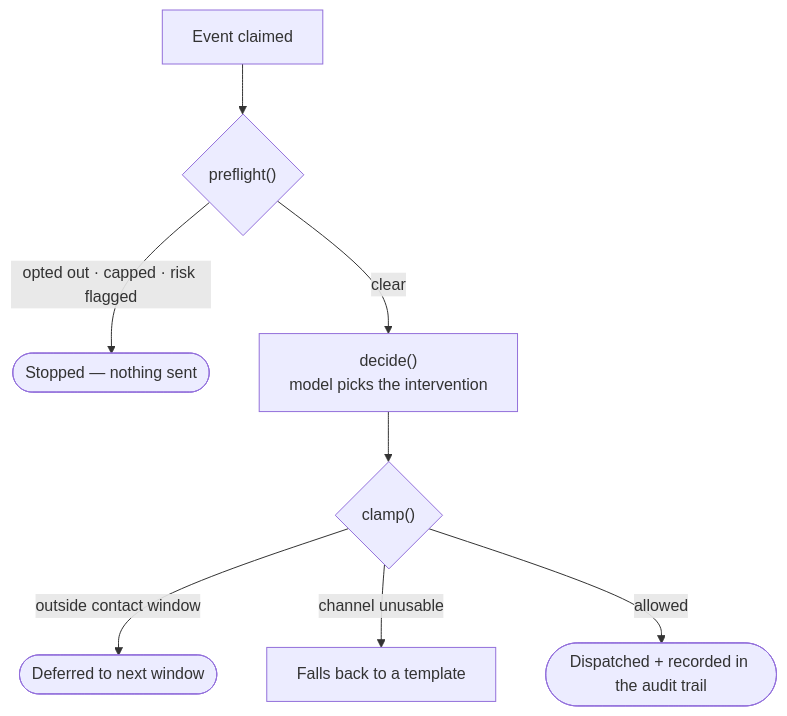
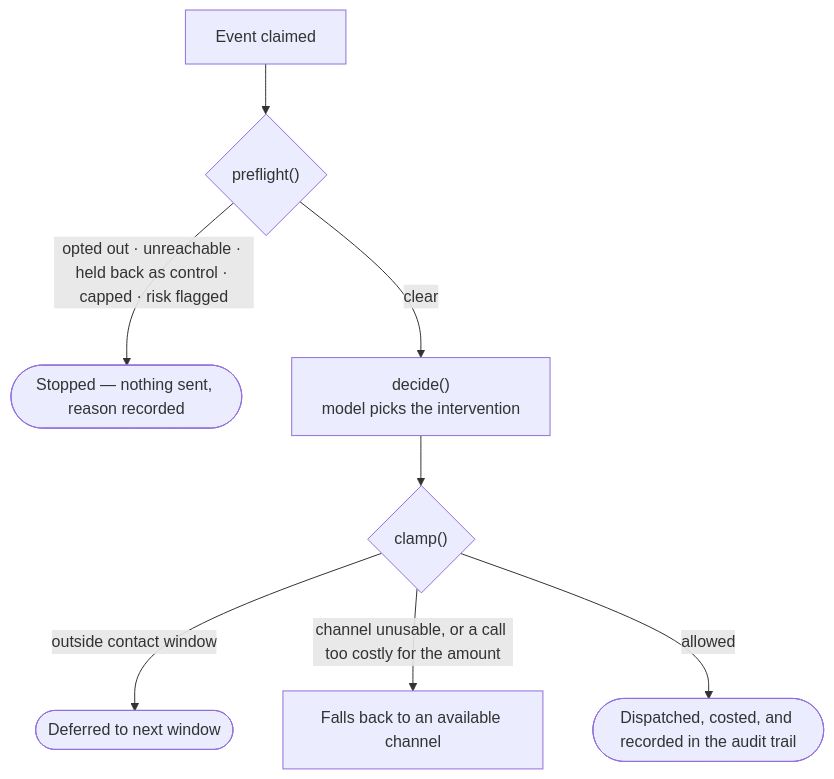
One commit to Mudavath-Giri-Naik/Tally changed the third of 3 diagrams in README.md. Above: the diagram before and after it, drawn with Mermaid. The commit also changed other lines of this file and 1 other file, not shown here.

````diff
--- a/README.md
+++ b/README.md
@@ -122,10 +128,10 @@
 ```mermaid
 flowchart TD
   E["Event claimed"] --> PF{"preflight()"}
-  PF -- "opted out · capped · risk flagged" --> STOP(["Stopped — nothing sent"])
+  PF -- "opted out · unreachable · held back as control · capped · risk flagged" --> STOP(["Stopped — nothing sent, reason recorded"])
   PF -- clear --> DEC["decide()<br/>model picks the intervention"]
   DEC --> CLAMP{"clamp()"}
   CLAMP -- "outside contact window" --> DEFER(["Deferred to next window"])
-  CLAMP -- "channel unusable" --> FALLBACK["Falls back to a template"]
-  CLAMP -- allowed --> SEND(["Dispatched + recorded in the audit trail"])
+  CLAMP -- "channel unusable, or a call too costly for the amount" --> FALLBACK["Falls back to an available channel"]
+  CLAMP -- allowed --> SEND(["Dispatched, costed, and recorded in the audit trail"])
 ```
````
